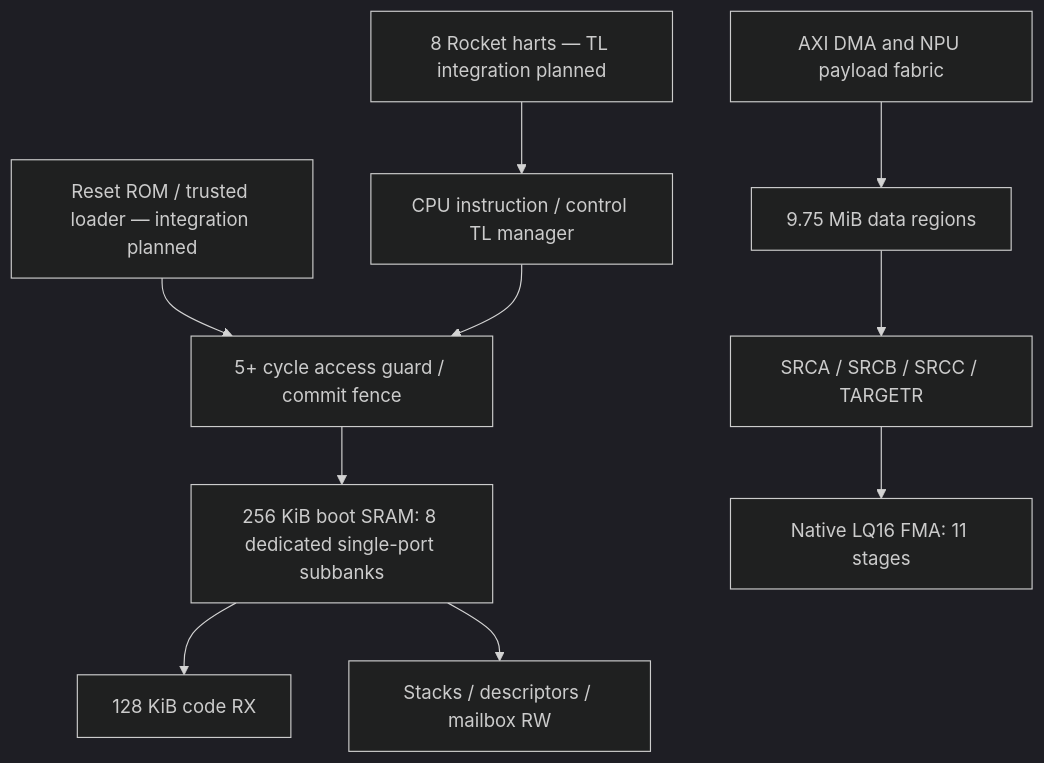
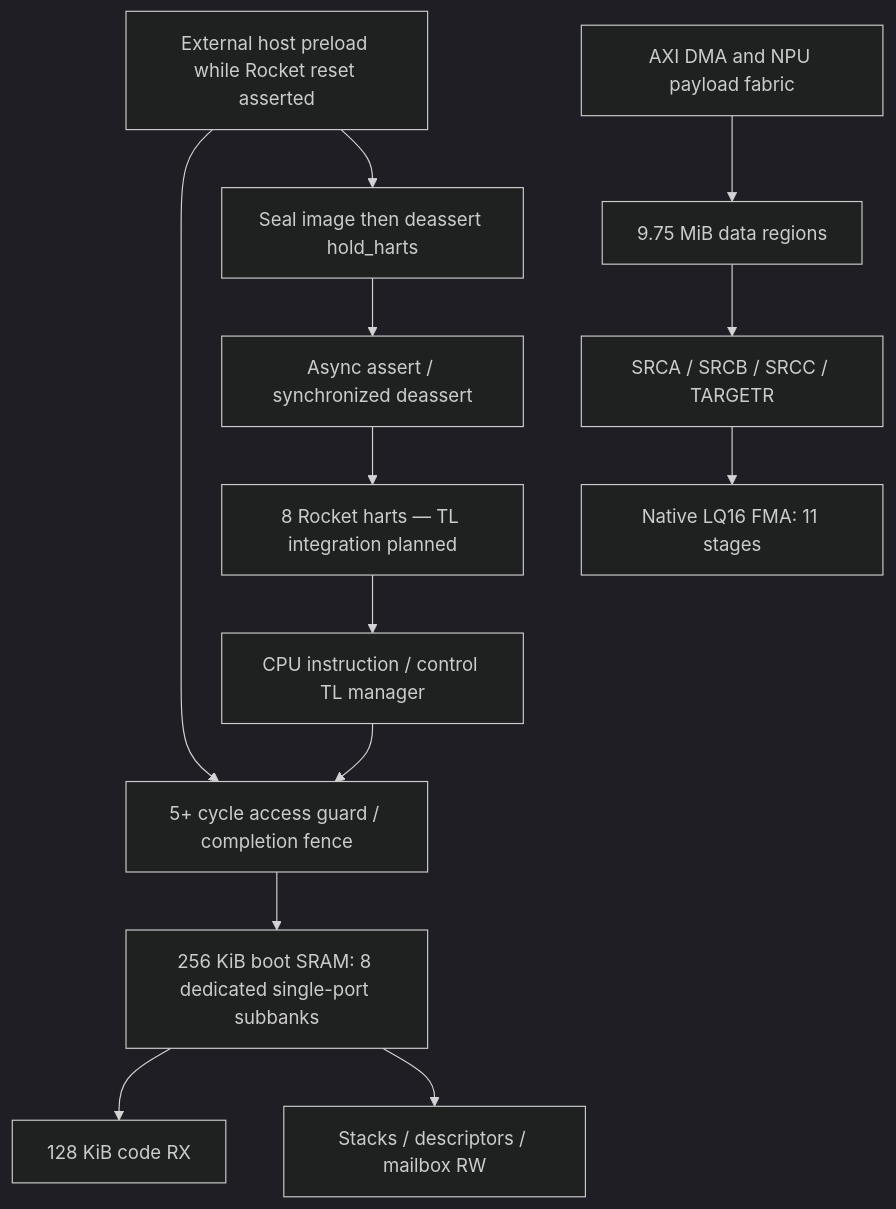
One commit to jhroh13/chipyard changed the diagram in tiny-npu/architecture/v2/L0_BOOT_REPORT.md. Above: the diagram before and after it, drawn with Mermaid (dark theme). The commit also changed other lines of this file and 105 other files, not shown here.

````diff
--- a/tiny-npu/architecture/v2/L0_BOOT_REPORT.md
+++ b/tiny-npu/architecture/v2/L0_BOOT_REPORT.md
@@ -8,12 +12,15 @@
 ```mermaid
 flowchart TD
-  ROM[Reset ROM / trusted loader — integration planned] --> GUARD[5+ cycle access guard / commit fence]
+  HOST[External host preload while Rocket reset asserted] --> GUARD[5+ cycle access guard / completion fence]
+  HOST --> CTRL[Seal image then deassert hold_harts]
+  CTRL --> RESET[Async assert / synchronized deassert]
+  RESET --> CPU
   CPU[8 Rocket harts — TL integration planned] --> TL[CPU instruction / control TL manager]
   TL --> GUARD
   GUARD --> BOOT[256 KiB boot SRAM: 8 dedicated single-port subbanks]
   BOOT --> CODE[128 KiB code RX]
   BOOT --> RW[Stacks / descriptors / mailbox RW]
   DMA[AXI DMA and NPU payload fabric] --> DATA[9.75 MiB data regions]
   DATA --> RF[SRCA / SRCB / SRCC / TARGETR]
   RF --> MAC[Native LQ16 FMA: 11 stages]
 ```
````
